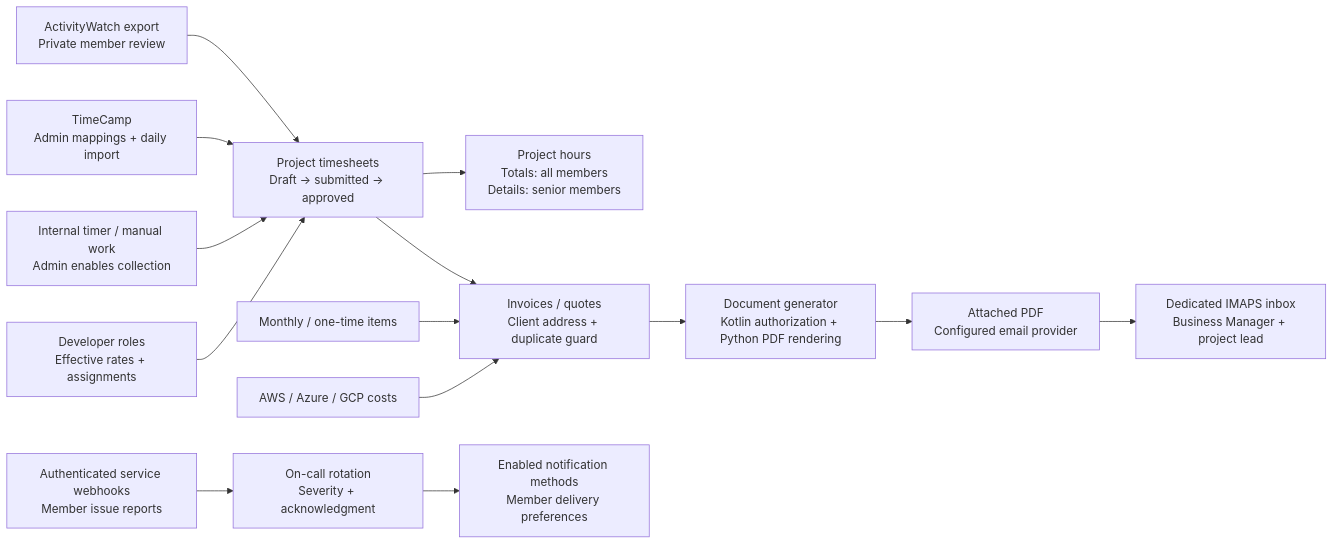
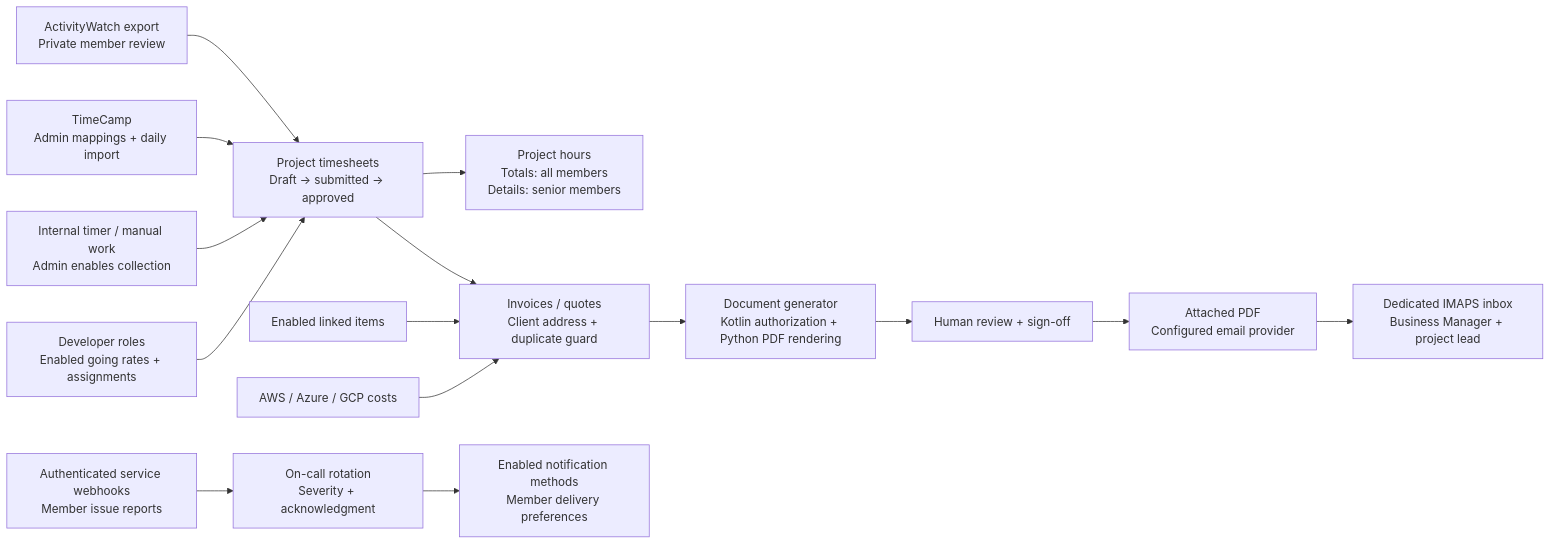
One commit to GrahamCHill/Meshable-Ops changed the diagram in docs/plugins/operations.md. Above: the diagram before and after it, drawn with Mermaid. The commit also changed other lines of this file and 50 other files, not shown here.

````diff
--- a/docs/plugins/operations.md
+++ b/docs/plugins/operations.md
@@ -15,16 +16,17 @@
 ```mermaid
 flowchart LR
     aw["ActivityWatch export<br/>Private member review"] --> time["Project timesheets<br/>Draft → submitted → approved"]
     tc["TimeCamp<br/>Admin mappings + daily import"] --> time
     internal["Internal timer / manual work<br/>Admin enables collection"] --> time
-    rates["Developer roles<br/>Effective rates + assignments"] --> time
+    rates["Developer roles<br/>Enabled going rates + assignments"] --> time
     time --> hours["Project hours<br/>Totals: all members<br/>Details: senior members"]
     time --> billing["Invoices / quotes<br/>Client address + duplicate guard"]
-    flat["Monthly / one-time items"] --> billing
+    flat["Enabled linked items"] --> billing
     costs["AWS / Azure / GCP costs"] --> billing
     billing --> pdf["Document generator<br/>Kotlin authorization + Python PDF rendering"]
-    pdf --> mail["Attached PDF<br/>Configured email provider"]
+    pdf --> review["Human review + sign-off"]
+    review --> mail["Attached PDF<br/>Configured email provider"]
     mail --> replies["Dedicated IMAPS inbox<br/>Business Manager + project lead"]
     monitors["Authenticated service webhooks<br/>Member issue reports"] --> alerts["On-call rotation<br/>Severity + acknowledgment"]
     alerts --> notify["Enabled notification methods<br/>Member delivery preferences"]
 ```
````
